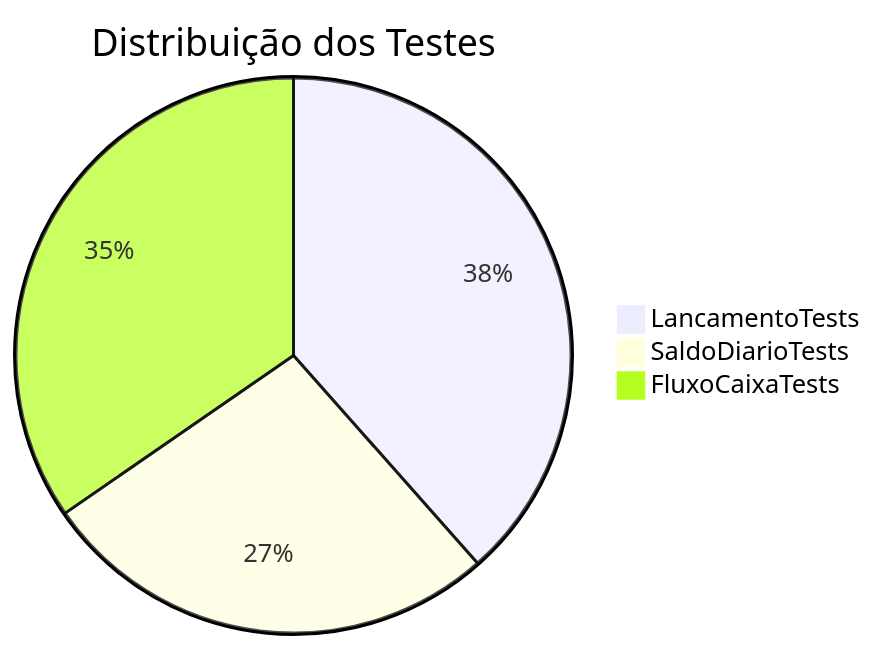
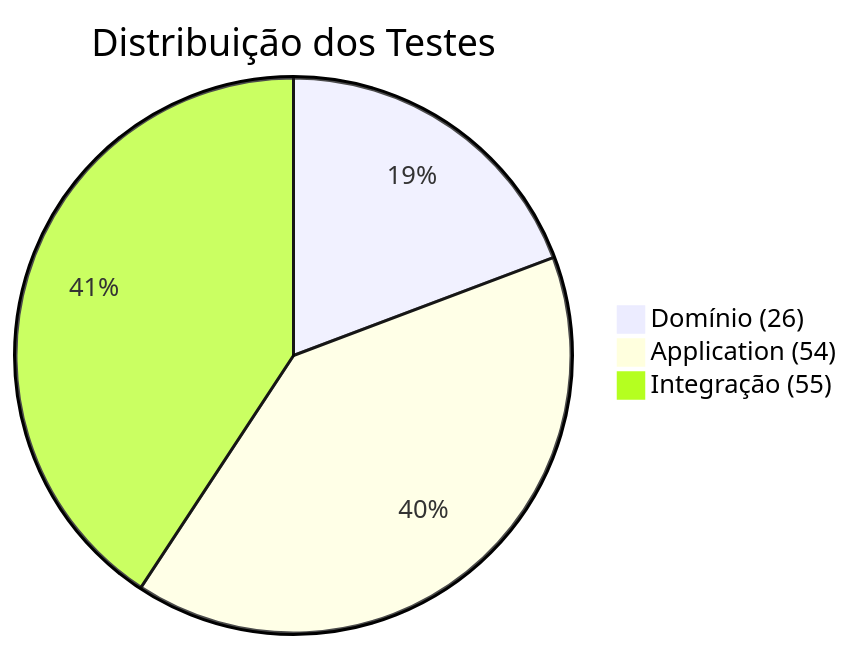
Before and after one commit to nelson1987/desafio-cashflow: the second of 2 diagrams in docs/TESTES.md, drawn with Mermaid. The commit also changed other lines of this file and 3 other files, not shown here.

````diff
--- a/docs/TESTES.md
+++ b/docs/TESTES.md
@@ -116,6 +49,6 @@
 ```mermaid
 pie title Distribuição dos Testes
-    "LancamentoTests" : 10
-    "SaldoDiarioTests" : 7
-    "FluxoCaixaTests" : 9
+    "Domínio (26)" : 26
+    "Application (54)" : 54
+    "Integração (55)" : 55
 ```
````
